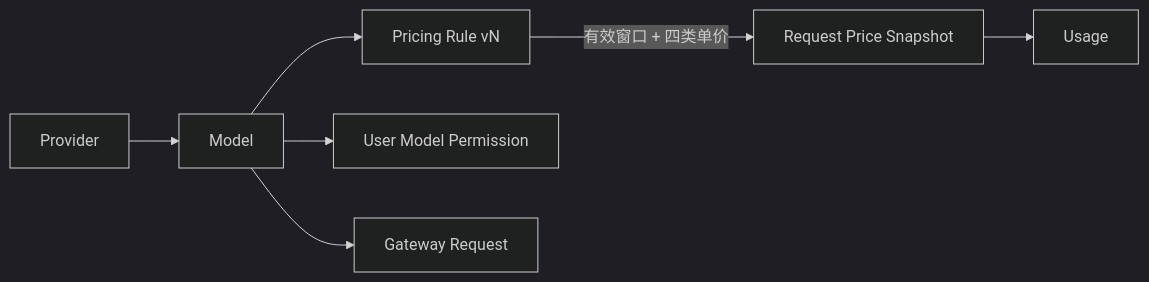
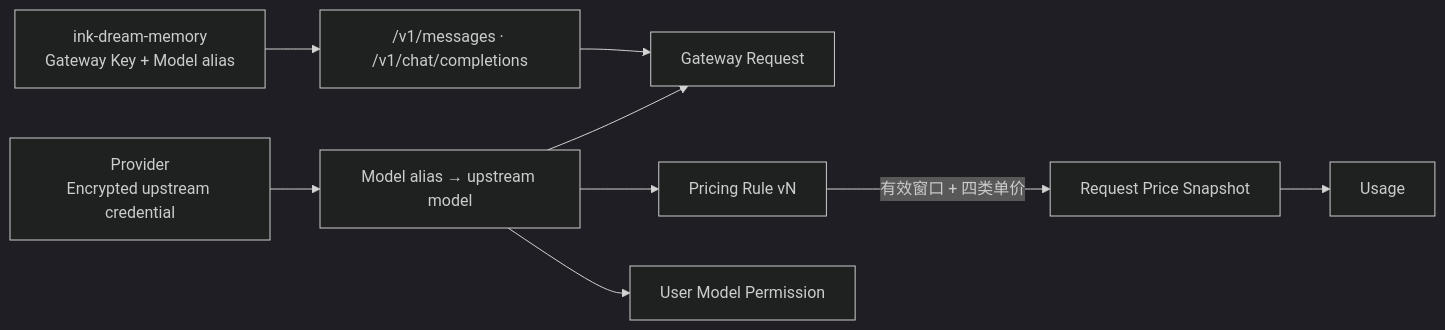
The third of 5 diagrams in docs/design/refine-admin-ui-v2-interaction-design.md (glide-the/dream-im-platform), drawn with Mermaid (dark theme) before and after one commit. The commit also changed other lines of this file and 41 other files, not shown here.

First line of the commit message:
Add comprehensive tests for pricing rules, system settings, gateway API keys, and user permissions in admin bootstrap tests

````diff
--- a/docs/design/refine-admin-ui-v2-interaction-design.md
+++ b/docs/design/refine-admin-ui-v2-interaction-design.md
@@ -243,6 +244,7 @@
 ```mermaid
 flowchart LR
-  P["Provider"] --> M["Model"] --> PR["Pricing Rule vN"] & PM["User Model Permission"] & GR["Gateway Request"]
+  EXT["ink-dream-memory\nGateway Key + Model alias"] --> EP["/v1/messages · /v1/chat/completions"] --> GR["Gateway Request"]
+  P["Provider\nEncrypted upstream credential"] --> M["Model alias → upstream model"] --> PR["Pricing Rule vN"] & PM["User Model Permission"] & GR
   PR -->|"有效窗口 + 四类单价"| PS["Request Price Snapshot"]
   PS --> U["Usage"]
 ```
````
